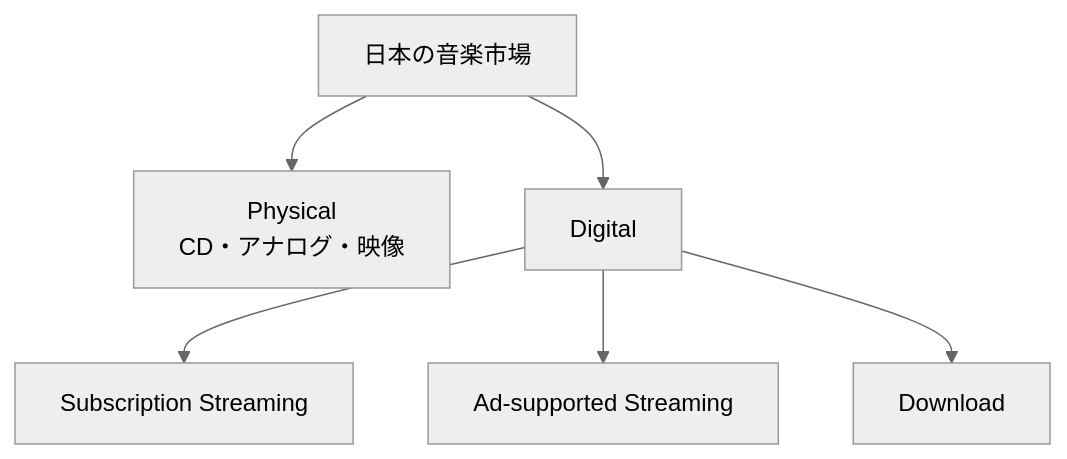
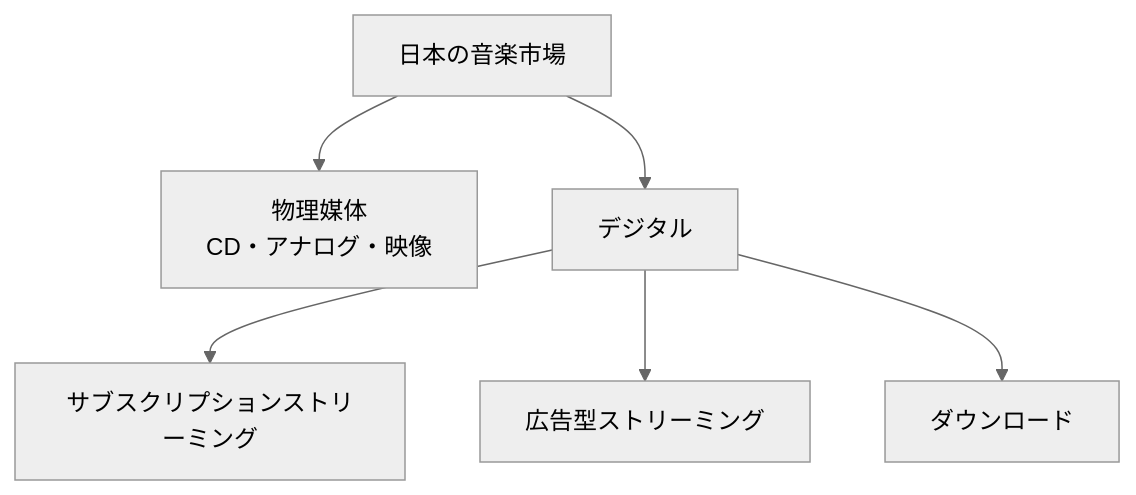
The second of 11 diagrams in docs/whitepaper/02-market.md (ShigeichiroYamasaki/creator-first-platform), drawn with Mermaid (neutral theme) before and after one commit. The commit also changed other lines of this file and 72 other files, not shown here.

````diff
--- a/docs/whitepaper/02-market.md
+++ b/docs/whitepaper/02-market.md
@@ -55,11 +55,11 @@
 ```mermaid
 flowchart TD
     JP[日本の音楽市場]
 
-    JP --> PH[Physical<br/>CD・アナログ・映像]
-    JP --> DS[Digital]
+    JP --> PH[物理媒体<br/>CD・アナログ・映像]
+    JP --> DS[デジタル]
 
-    DS --> SUB[Subscription Streaming]
-    DS --> ADS[Ad-supported Streaming]
-    DS --> DL[Download]
+    DS --> SUB[サブスクリプションストリーミング]
+    DS --> ADS[広告型ストリーミング]
+    DS --> DL[ダウンロード]
 ```
````
